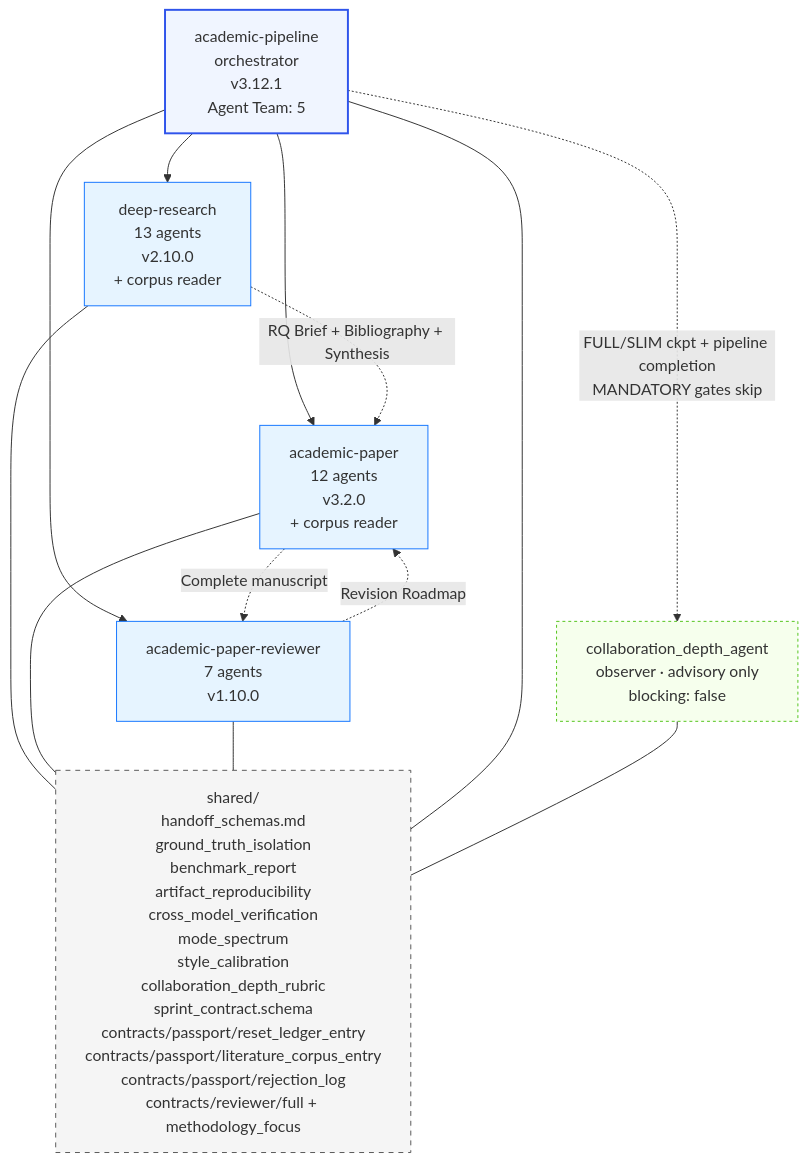
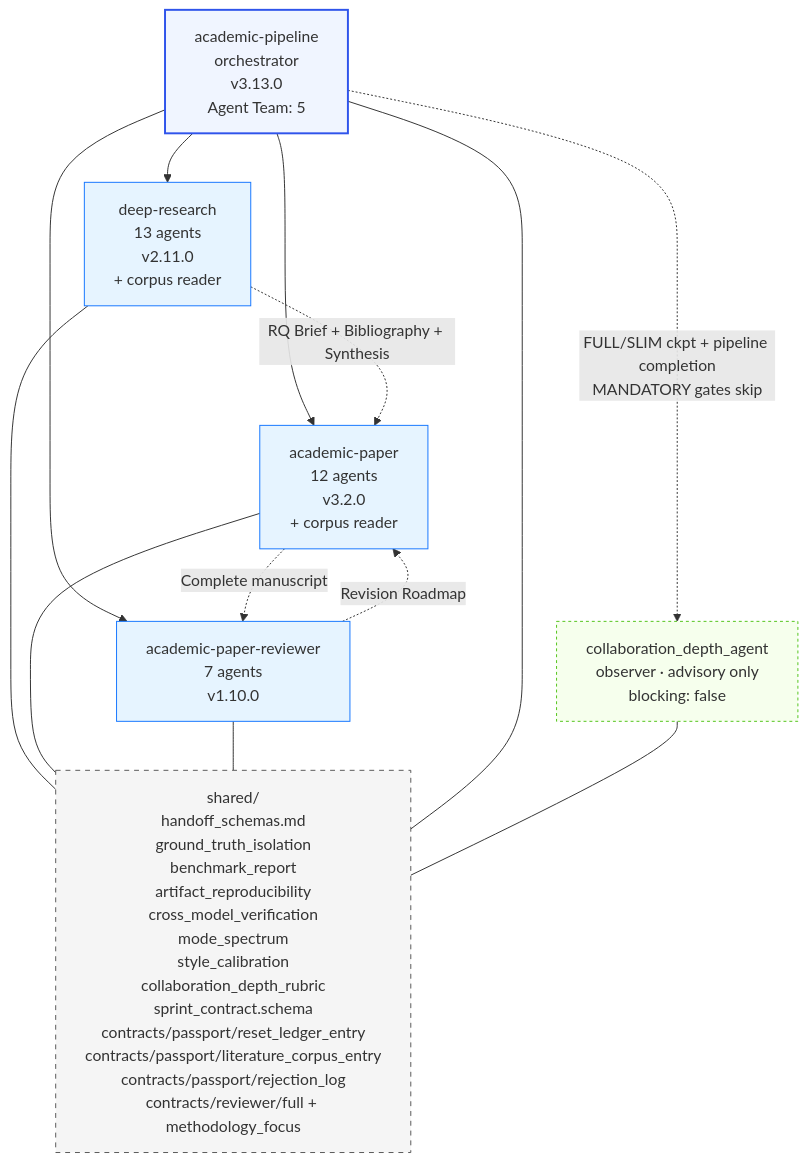
One commit to thereisnotime/skills-collection changed the fourth of 5 diagrams in skills/Imbad0202--academic-research-skills/docs/ARCHITECTURE.md. Above: the diagram before and after it, drawn with Mermaid. The commit also changed other lines of this file and 602 other files, not shown here.

Commit message:
sync: update skills repos, readme and charts

````diff
--- a/skills/Imbad0202--academic-research-skills/docs/ARCHITECTURE.md
+++ b/skills/Imbad0202--academic-research-skills/docs/ARCHITECTURE.md
@@ -201,31 +201,31 @@
 ```mermaid
 graph TD
-    Pipeline[academic-pipeline<br/>orchestrator<br/>v3.12.1<br/>Agent Team: 5]
+    Pipeline[academic-pipeline<br/>orchestrator<br/>v3.13.0<br/>Agent Team: 5]
     Observer[collaboration_depth_agent<br/>observer · advisory only<br/>blocking: false]
-    DR[deep-research<br/>13 agents<br/>v2.10.0<br/>+ corpus reader]
+    DR[deep-research<br/>13 agents<br/>v2.11.0<br/>+ corpus reader]
     AP[academic-paper<br/>12 agents<br/>v3.2.0<br/>+ corpus reader]
     APR[academic-paper-reviewer<br/>7 agents<br/>v1.10.0]
     Shared[shared/<br/>handoff_schemas.md<br/>ground_truth_isolation<br/>benchmark_report<br/>artifact_reproducibility<br/>cross_model_verification<br/>mode_spectrum<br/>style_calibration<br/>collaboration_depth_rubric<br/>sprint_contract.schema<br/>contracts/passport/reset_ledger_entry<br/>contracts/passport/literature_corpus_entry<br/>contracts/passport/rejection_log<br/>contracts/reviewer/full + methodology_focus]
 
     Pipeline --> DR
     Pipeline --> AP
     Pipeline --> APR
     Pipeline -. "FULL/SLIM ckpt + pipeline completion<br/>MANDATORY gates skip" .-> Observer
     DR -. "RQ Brief + Bibliography + Synthesis" .-> AP
     AP -. "Complete manuscript" .-> APR
     APR -. "Revision Roadmap" .-> AP
     DR --- Shared
     AP --- Shared
     APR --- Shared
     Pipeline --- Shared
     Observer --- Shared
 
     classDef orch fill:#f0f5ff,stroke:#2f54eb,stroke-width:2px
     classDef skill fill:#e6f4ff,stroke:#1677ff
     classDef shared fill:#f5f5f5,stroke:#595959,stroke-dasharray:5 5
     classDef observer fill:#f6ffed,stroke:#52c41a,stroke-dasharray:3 3
     class Pipeline orch
     class DR,AP,APR skill
     class Shared shared
     class Observer observer
 ```
````
